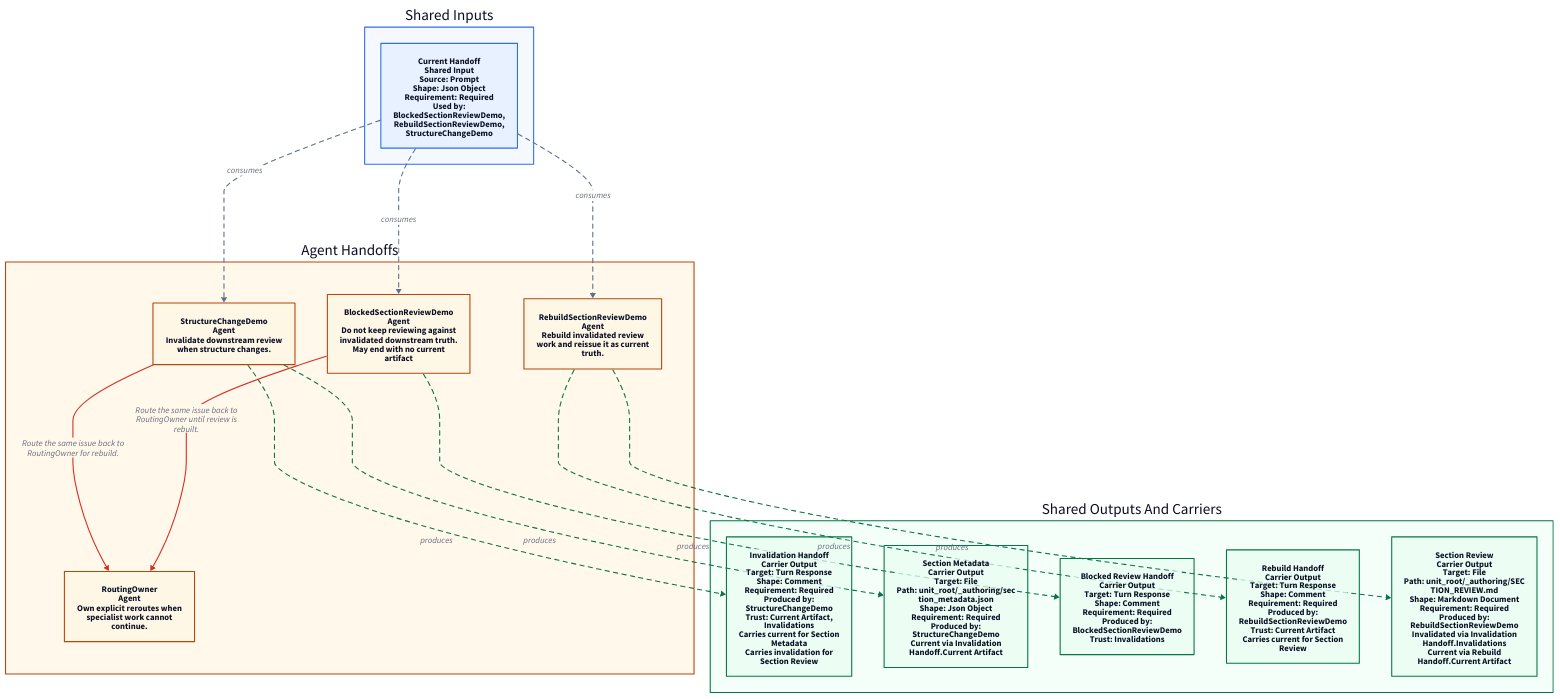
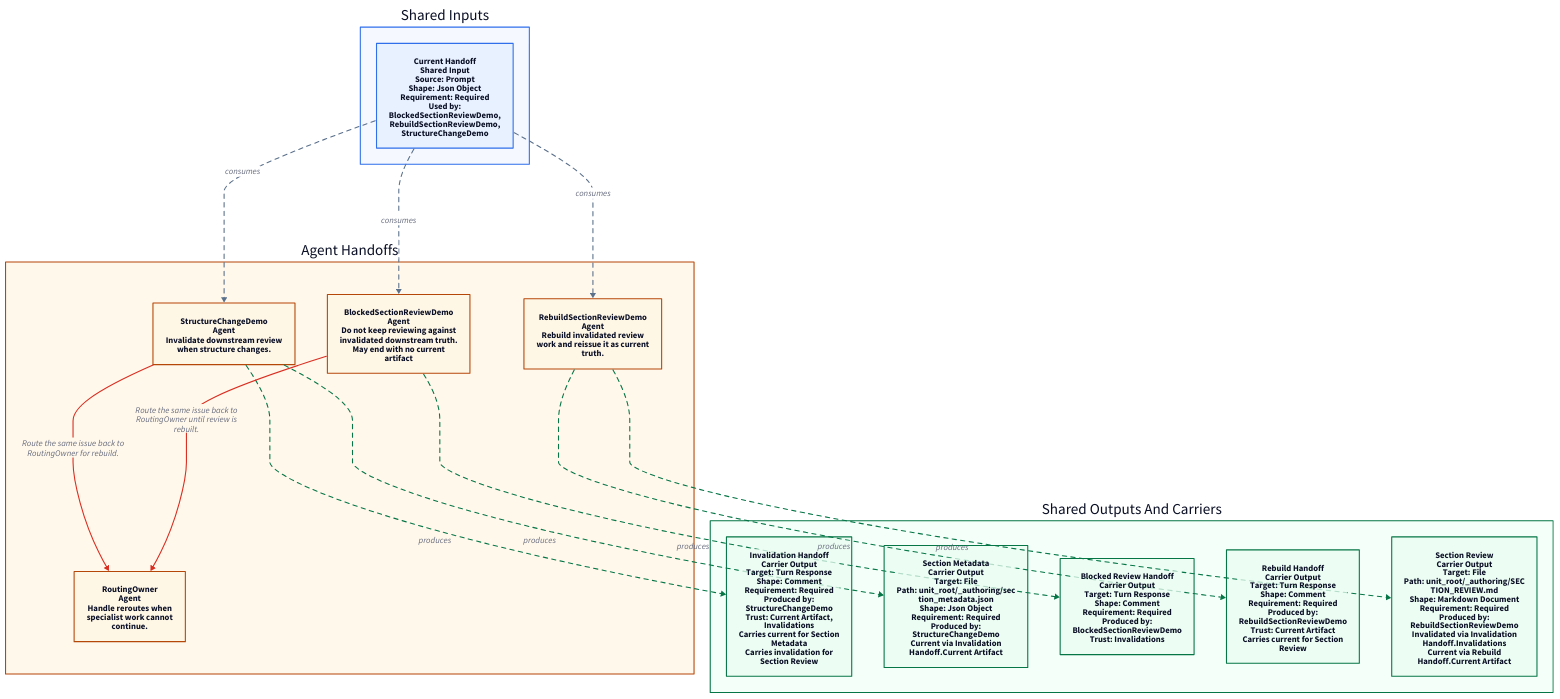
The diagram in examples/36_invalidation_and_rebuild/build_ref/AGENTS.flow.d2 (aelaguiz/doctrine), drawn with D2 before and after one commit. The commit also changed 202 other files, not shown here.

```diff
--- a/examples/36_invalidation_and_rebuild/build_ref/AGENTS.flow.d2
+++ b/examples/36_invalidation_and_rebuild/build_ref/AGENTS.flow.d2
@@ -58,7 +58,7 @@
       stroke: "transparent"
     }
     agent_routingowner: {
-      label: "RoutingOwner\nAgent\nOwn explicit reroutes when\nspecialist work cannot\ncontinue."
+      label: "RoutingOwner\nAgent\nHandle reroutes when\nspecialist work cannot\ncontinue."
       shape: rectangle
       style: {
         fill: "#FFF7E6"
```
